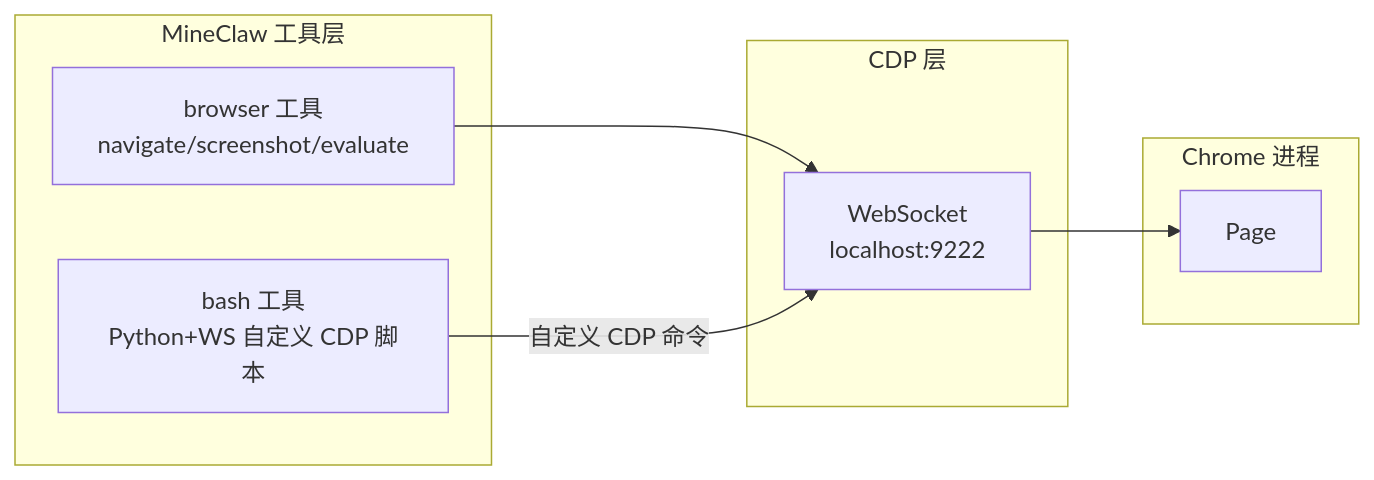
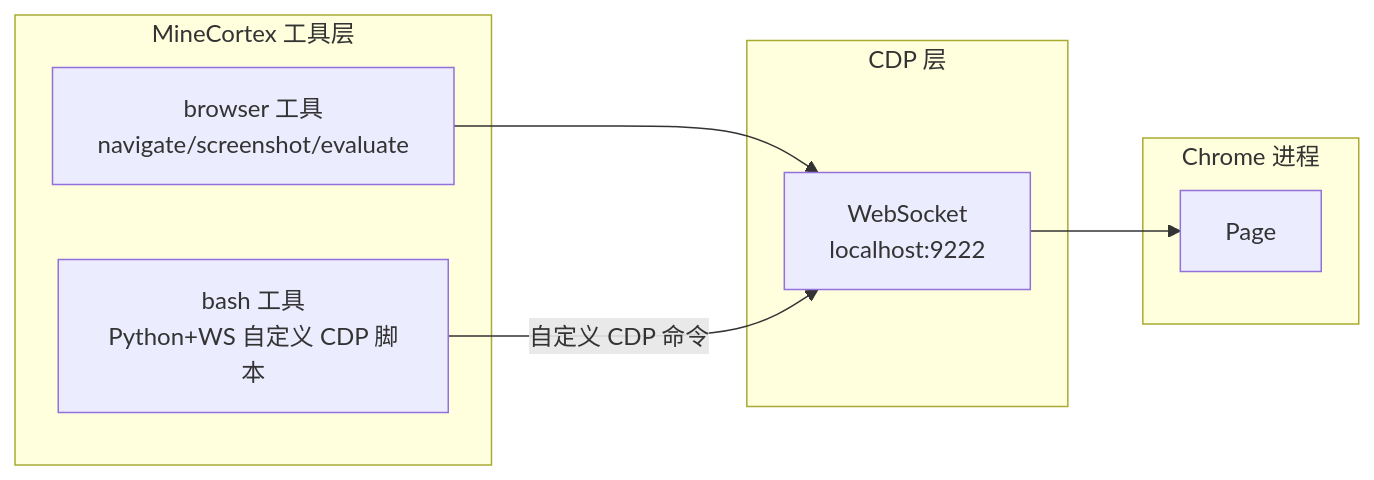
One commit to wu-tian807/minecortex changed the sixth of 7 diagrams in docs/mineclaw框架调研分析_ffeb1e7f.plan.md. Above: the diagram before and after it, drawn with Mermaid. The commit also changed other lines of this file and 14 other files, not shown here.

First line of the commit message:
docs: rename MineClaw → MineCortex across all docs and directives

````diff
--- a/docs/mineclaw框架调研分析_ffeb1e7f.plan.md
+++ b/docs/mineclaw框架调研分析_ffeb1e7f.plan.md
@@ -1644,19 +1644,19 @@
 ```mermaid
 flowchart LR
-    subgraph tools [MineClaw 工具层]
+    subgraph tools [MineCortex 工具层]
         browser_tool["browser 工具\nnavigate/screenshot/evaluate"]
         bash_tool["bash 工具\nPython+WS 自定义 CDP 脚本"]
     end
 
     subgraph cdp [CDP 层]
         ws["WebSocket\nlocalhost:9222"]
     end
 
     subgraph chrome [Chrome 进程]
         page[Page]
     end
 
     browser_tool --> ws
     bash_tool -->|"自定义 CDP 命令"| ws
     ws --> page
 ```
````
